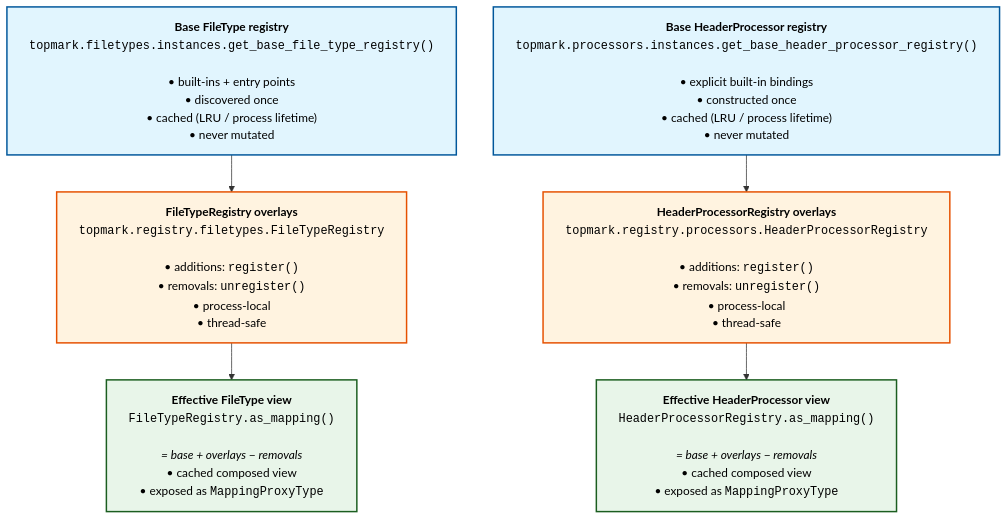
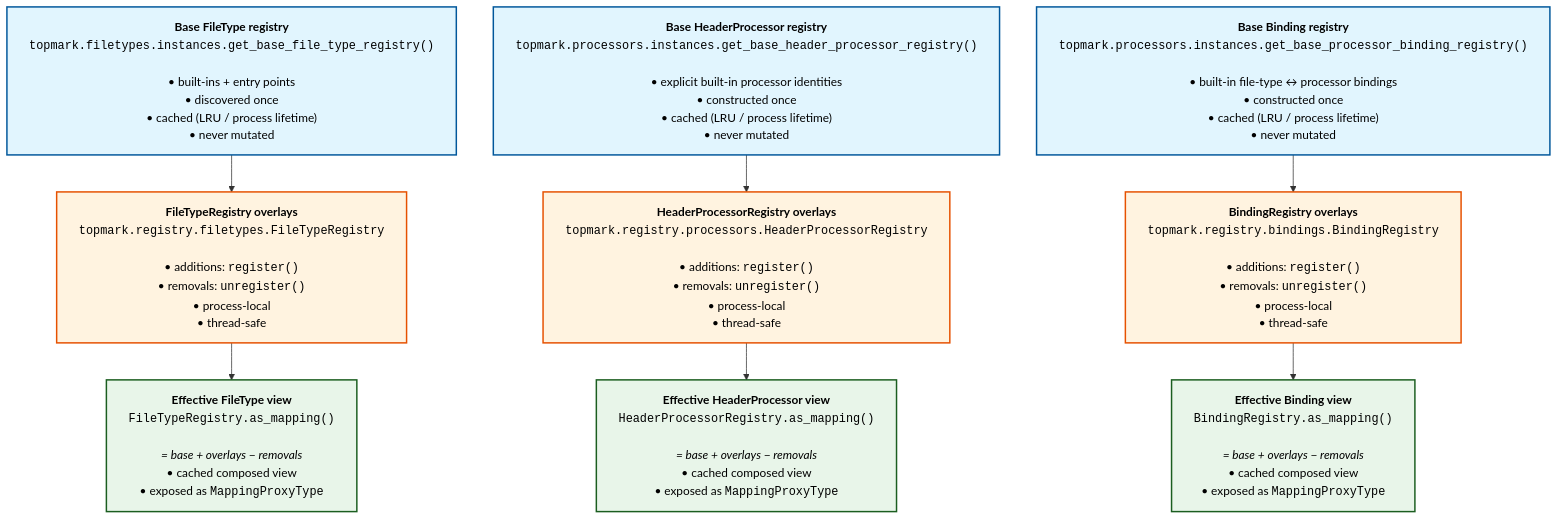
One commit to shutterfreak/topmark changed the second of 4 diagrams in docs/dev/architecture.md. Above: the diagram before and after it, drawn with Mermaid. The commit also changed other lines of this file and 11 other files, not shown here.

First line of the commit message:
docs(registry,cli): document triple-registry model and add bindings command

````diff
--- a/docs/dev/architecture.md
+++ b/docs/dev/architecture.md
@@ -93,28 +101,33 @@
 ```mermaid
 graph TD
     %% Base registries (built-ins + entry points)
     BFT["<b>Base FileType registry</b><br/><code>topmark.filetypes.instances.get_base_file_type_registry()</code><br/><br/>• built-ins + entry points<br/>• discovered once<br/>• cached (LRU / process lifetime)<br/>• never mutated"]
-    BHP["<b>Base HeaderProcessor registry</b><br/><code>topmark.processors.instances.get_base_header_processor_registry()</code><br/><br/>• explicit built-in bindings<br/>• constructed once<br/>• cached (LRU / process lifetime)<br/>• never mutated"]
+    BHP["<b>Base HeaderProcessor registry</b><br/><code>topmark.processors.instances.get_base_header_processor_registry()</code><br/><br/>• explicit built-in processor identities<br/>• constructed once<br/>• cached (LRU / process lifetime)<br/>• never mutated"]
+    BBD["<b>Base Binding registry</b><br/><code>topmark.processors.instances.get_base_processor_binding_registry()</code><br/><br/>• built-in file-type ↔ processor bindings<br/>• constructed once<br/>• cached (LRU / process lifetime)<br/>• never mutated"]
 
     %% Overlay state (process-local)
     OFT["<b>FileTypeRegistry overlays</b><br/><code>topmark.registry.filetypes.FileTypeRegistry</code><br/><br/>• additions: <code>register()</code><br/>• removals: <code>unregister()</code><br/>• process-local<br/>• thread-safe"]
     OHP["<b>HeaderProcessorRegistry overlays</b><br/><code>topmark.registry.processors.HeaderProcessorRegistry</code><br/><br/>• additions: <code>register()</code><br/>• removals: <code>unregister()</code><br/>• process-local<br/>• thread-safe"]
+    OBD["<b>BindingRegistry overlays</b><br/><code>topmark.registry.bindings.BindingRegistry</code><br/><br/>• additions: <code>register()</code><br/>• removals: <code>unregister()</code><br/>• process-local<br/>• thread-safe"]
 
     %% Composed effective views
     EFT["<b>Effective FileType view</b><br/><code>FileTypeRegistry.as_mapping()</code><br/><br/><i>= base + overlays − removals</i><br/>• cached composed view<br/>• exposed as <code>MappingProxyType</code>"]
     EHP["<b>Effective HeaderProcessor view</b><br/><code>HeaderProcessorRegistry.as_mapping()</code><br/><br/><i>= base + overlays − removals</i><br/>• cached composed view<br/>• exposed as <code>MappingProxyType</code>"]
+    EBD["<b>Effective Binding view</b><br/><code>BindingRegistry.as_mapping()</code><br/><br/><i>= base + overlays − removals</i><br/>• cached composed view<br/>• exposed as <code>MappingProxyType</code>"]
 
     %% Composition flow
     BFT --> OFT
     BHP --> OHP
+    BBD --> OBD
     OFT --> EFT
     OHP --> EHP
+    OBD --> EBD
 
     classDef base fill:#e1f5fe,stroke:#01579b,stroke-width:2px,color:#000;
     classDef overlay fill:#fff3e0,stroke:#e65100,stroke-width:2px,color:#000;
     classDef view fill:#e8f5e9,stroke:#1b5e20,stroke-width:2px,color:#000;
 
-    class BFT,BHP base;
-    class OFT,OHP overlay;
-    class EFT,EHP view;
+    class BFT,BHP,BBD base;
+    class OFT,OHP,OBD overlay;
+    class EFT,EHP,EBD view;
 ```
````
